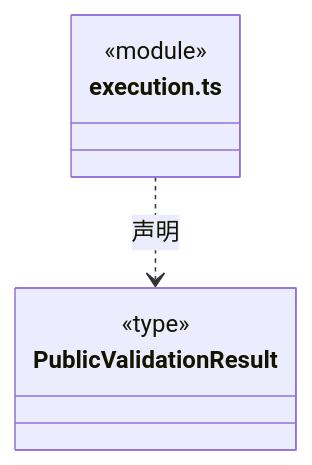
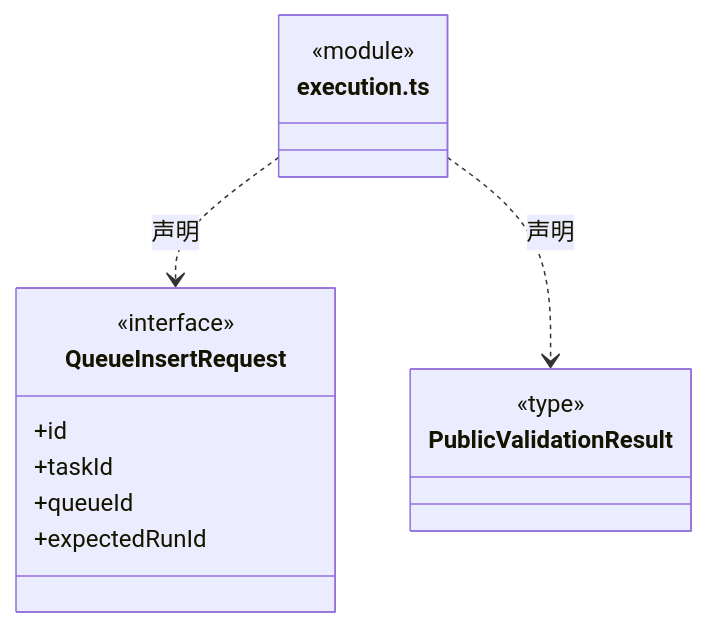
Before and after one commit to nan023062/cbim: the seventh of 21 diagrams in src/bridge/contracts/ARCHITECTURE.md, drawn with Mermaid. The commit also changed other lines of this file and 40 other files, not shown here.

````diff
--- a/src/bridge/contracts/ARCHITECTURE.md
+++ b/src/bridge/contracts/ARCHITECTURE.md
@@ -137,11 +137,19 @@
 ```mermaid
 classDiagram
 class N_src_bridge_contracts_execution_ts["execution.ts"] {
   <<module>>
 }
+class N_src_bridge_contracts_execution_ts_QueueInsertRequest["QueueInsertRequest"] {
+  <<interface>>
+  +id
+  +taskId
+  +queueId
+  +expectedRunId
+}
+N_src_bridge_contracts_execution_ts ..> N_src_bridge_contracts_execution_ts_QueueInsertRequest : 声明
 class N_src_bridge_contracts_execution_ts_PublicValidationResult["PublicValidationResult"] {
   <<type>>
 
 }
 N_src_bridge_contracts_execution_ts ..> N_src_bridge_contracts_execution_ts_PublicValidationResult : 声明
 ```
````
